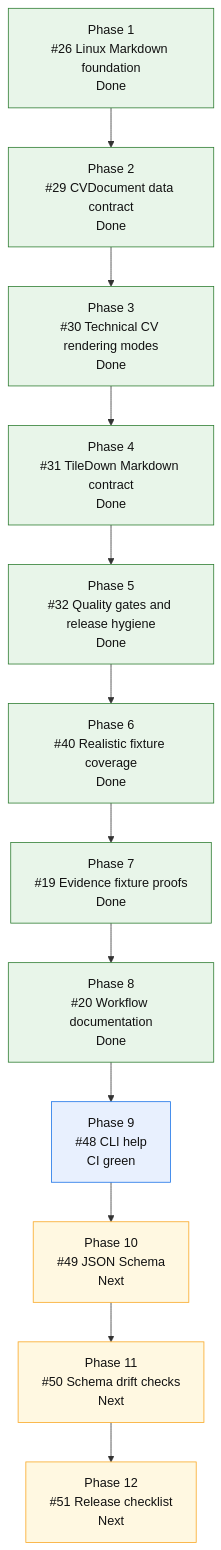
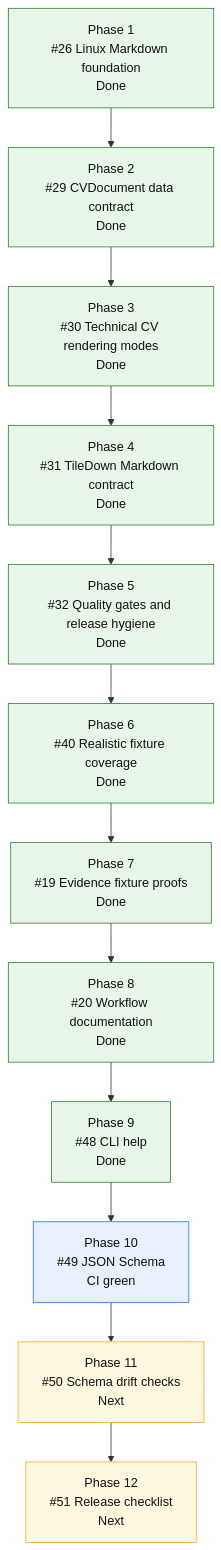
The diagram in README.md (mihaelamj/cvbuilder), drawn with Mermaid before and after one commit. The commit also changed other lines of this file and 6 other files, not shown here.

First line of the commit message:
Add CVDocument JSON Schema

````diff
--- a/README.md
+++ b/README.md
@@ -163,28 +165,28 @@
 ```mermaid
 flowchart TD
     P1["Phase 1<br/>#26 Linux Markdown foundation<br/>Done"]
     P2["Phase 2<br/>#29 CVDocument data contract<br/>Done"]
     P3["Phase 3<br/>#30 Technical CV rendering modes<br/>Done"]
     P4["Phase 4<br/>#31 TileDown Markdown contract<br/>Done"]
     P5["Phase 5<br/>#32 Quality gates and release hygiene<br/>Done"]
     P6["Phase 6<br/>#40 Realistic fixture coverage<br/>Done"]
     P7["Phase 7<br/>#19 Evidence fixture proofs<br/>Done"]
     P8["Phase 8<br/>#20 Workflow documentation<br/>Done"]
-    P9["Phase 9<br/>#48 CLI help<br/>CI green"]
-    P10["Phase 10<br/>#49 JSON Schema<br/>Next"]
+    P9["Phase 9<br/>#48 CLI help<br/>Done"]
+    P10["Phase 10<br/>#49 JSON Schema<br/>CI green"]
     P11["Phase 11<br/>#50 Schema drift checks<br/>Next"]
     P12["Phase 12<br/>#51 Release checklist<br/>Next"]
 
     P1 --> P2 --> P3 --> P4 --> P5 --> P6 --> P7 --> P8 --> P9 --> P10 --> P11 --> P12
 
     classDef done fill:#e8f5e9,stroke:#2e7d32,color:#111;
     classDef active fill:#fff3e0,stroke:#ef6c00,color:#111;
     classDef review fill:#e8f0fe,stroke:#1a73e8,color:#111;
     classDef next fill:#fff8e1,stroke:#f9a825,color:#111;
     classDef partial fill:#e0f7fa,stroke:#00838f,color:#111;
     classDef todo fill:#eef3ff,stroke:#3367d6,color:#111;
     class P1,P2,P3,P4 done;
-    class P5,P6,P7,P8 done;
-    class P9 review;
-    class P10,P11,P12 next;
+    class P5,P6,P7,P8,P9 done;
+    class P10 review;
+    class P11,P12 next;
 ```
````
